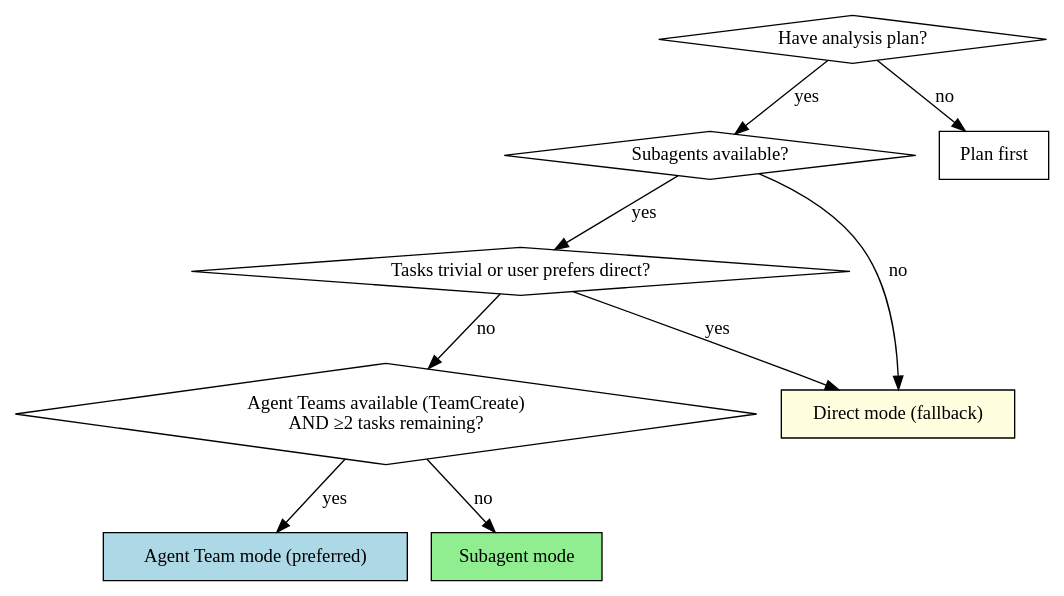
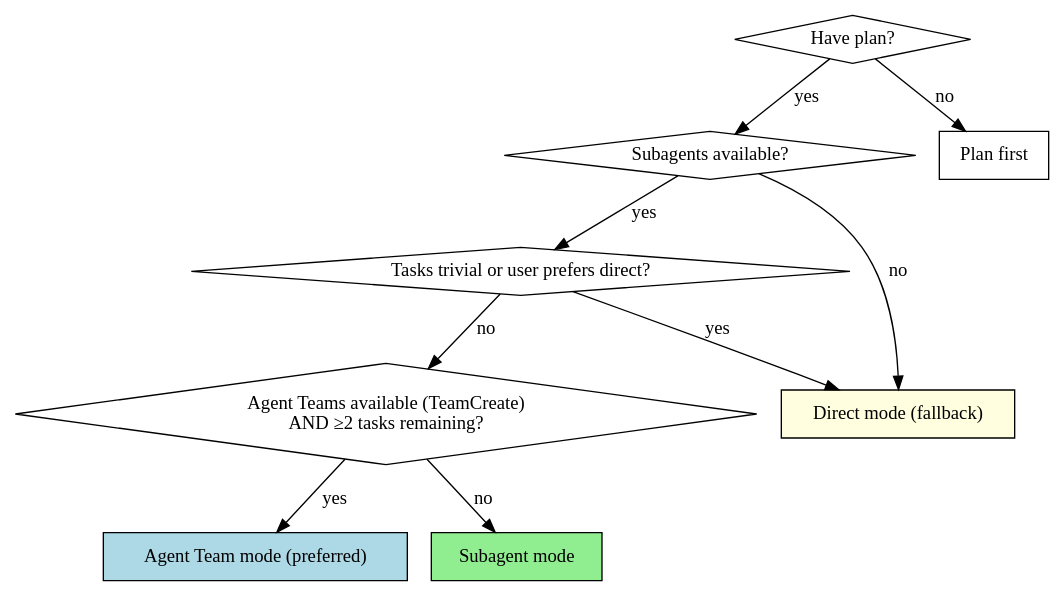
Before and after one commit to FuZhiyu/superRA: the first of 2 diagrams in skills/execution-workflow/SKILL.md, drawn with Graphviz. The commit also changed other lines of this file and 2 other files, not shown here.

````diff
--- a/skills/execution-workflow/SKILL.md
+++ b/skills/execution-workflow/SKILL.md
@@ -18,21 +18,21 @@
 ```dot
 digraph mode_selection {
-    "Have analysis plan?" [shape=diamond];
+    "Have plan?" [shape=diamond];
     "Subagents available?" [shape=diamond];
     "Tasks trivial or user prefers direct?" [shape=diamond];
     "Agent Teams available (TeamCreate)\nAND ≥2 tasks remaining?" [shape=diamond];
     "Agent Team mode (preferred)" [shape=box style=filled fillcolor=lightblue];
     "Subagent mode" [shape=box style=filled fillcolor=lightgreen];
     "Direct mode (fallback)" [shape=box style=filled fillcolor=lightyellow];
     "Plan first" [shape=box];
 
-    "Have analysis plan?" -> "Subagents available?" [label="yes"];
-    "Have analysis plan?" -> "Plan first" [label="no"];
+    "Have plan?" -> "Subagents available?" [label="yes"];
+    "Have plan?" -> "Plan first" [label="no"];
     "Subagents available?" -> "Tasks trivial or user prefers direct?" [label="yes"];
     "Subagents available?" -> "Direct mode (fallback)" [label="no"];
     "Tasks trivial or user prefers direct?" -> "Direct mode (fallback)" [label="yes"];
     "Tasks trivial or user prefers direct?" -> "Agent Teams available (TeamCreate)\nAND ≥2 tasks remaining?" [label="no"];
     "Agent Teams available (TeamCreate)\nAND ≥2 tasks remaining?" -> "Agent Team mode (preferred)" [label="yes"];
     "Agent Teams available (TeamCreate)\nAND ≥2 tasks remaining?" -> "Subagent mode" [label="no"];
 }
 ```
````
